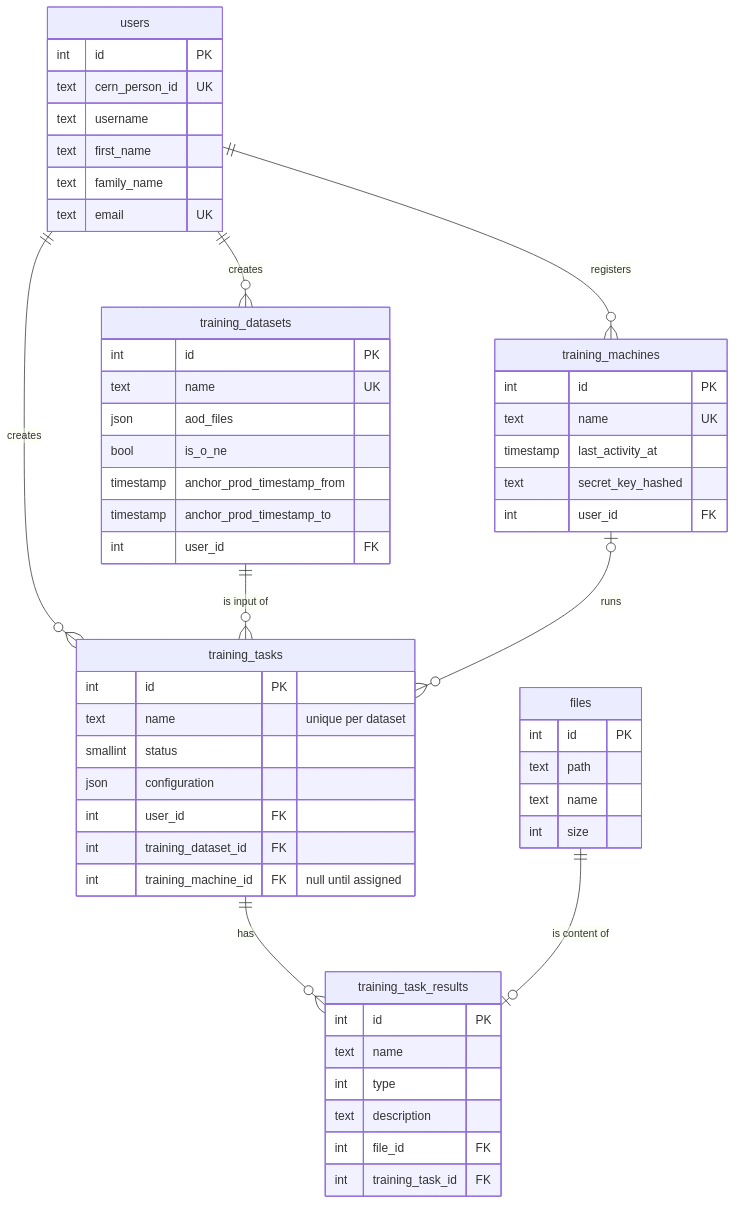
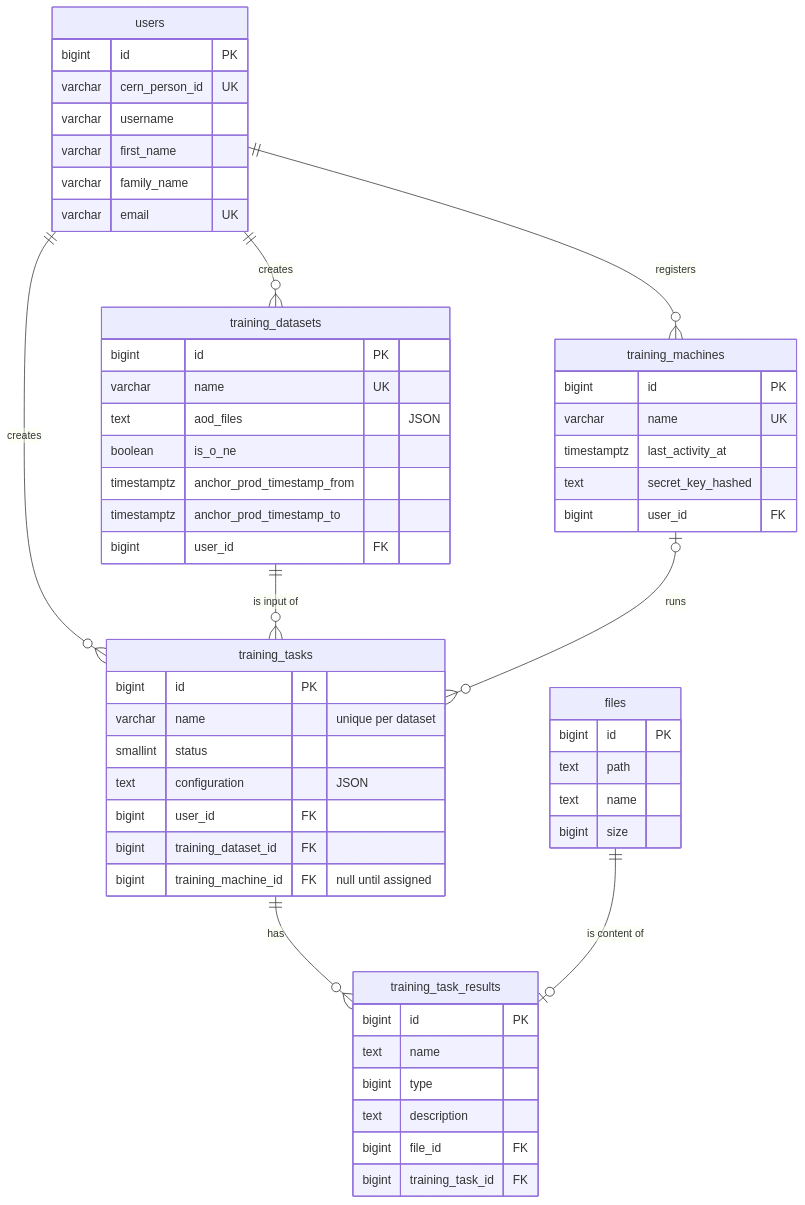
The diagram in docs/3-development/2-data-model.md (mytkom/AliceTraINT), drawn with Mermaid before and after one commit. The commit also changed other lines of this file and 1 other file, not shown here.

Commit message:
docs: fix diagram inconsistencies found in review

````diff
--- a/docs/3-development/2-data-model.md
+++ b/docs/3-development/2-data-model.md
@@ -9,61 +9,61 @@
 ```mermaid
 erDiagram
   accTitle: Database
   accDescr: Six tables. A user creates training datasets, training tasks and training machines. A training dataset is the input of many training tasks. A training machine runs many training tasks, and a task has at most one machine. A training task has many training task results, and each result points to one file.
 
   users ||--o{ training_datasets : creates
   users ||--o{ training_tasks : creates
   users ||--o{ training_machines : registers
   training_datasets ||--o{ training_tasks : "is input of"
   training_machines |o--o{ training_tasks : runs
   training_tasks ||--o{ training_task_results : has
   files ||--o| training_task_results : "is content of"
 
   users {
-    int id PK
-    text cern_person_id UK
-    text username
-    text first_name
-    text family_name
-    text email UK
+    bigint id PK
+    varchar cern_person_id UK
+    varchar username
+    varchar first_name
+    varchar family_name
+    varchar email UK
   }
   training_datasets {
-    int id PK
-    text name UK
-    json aod_files
-    bool is_o_ne
-    timestamp anchor_prod_timestamp_from
-    timestamp anchor_prod_timestamp_to
-    int user_id FK
+    bigint id PK
+    varchar name UK
+    text aod_files "JSON"
+    boolean is_o_ne
+    timestamptz anchor_prod_timestamp_from
+    timestamptz anchor_prod_timestamp_to
+    bigint user_id FK
   }
   training_tasks {
-    int id PK
-    text name "unique per dataset"
+    bigint id PK
+    varchar name "unique per dataset"
     smallint status
-    json configuration
-    int user_id FK
-    int training_dataset_id FK
-    int training_machine_id FK "null until assigned"
+    text configuration "JSON"
+    bigint user_id FK
+    bigint training_dataset_id FK
+    bigint training_machine_id FK "null until assigned"
   }
   training_machines {
-    int id PK
-    text name UK
-    timestamp last_activity_at
+    bigint id PK
+    varchar name UK
+    timestamptz last_activity_at
     text secret_key_hashed
-    int user_id FK
+    bigint user_id FK
   }
   training_task_results {
-    int id PK
+    bigint id PK
     text name
-    int type
+    bigint type
     text description
-    int file_id FK
-    int training_task_id FK
+    bigint file_id FK
+    bigint training_task_id FK
   }
   files {
-    int id PK
+    bigint id PK
     text path
     text name
-    int size
+    bigint size
   }
 ```
````
